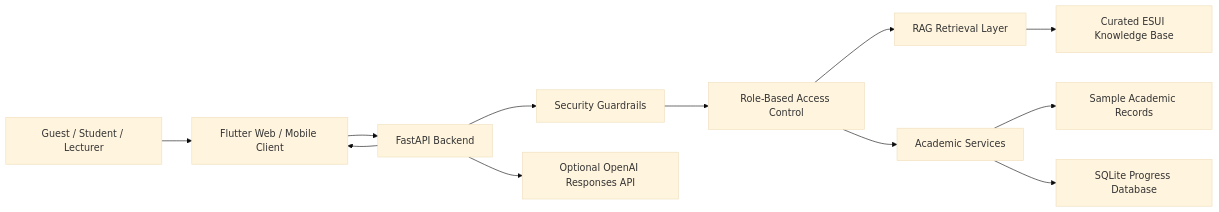
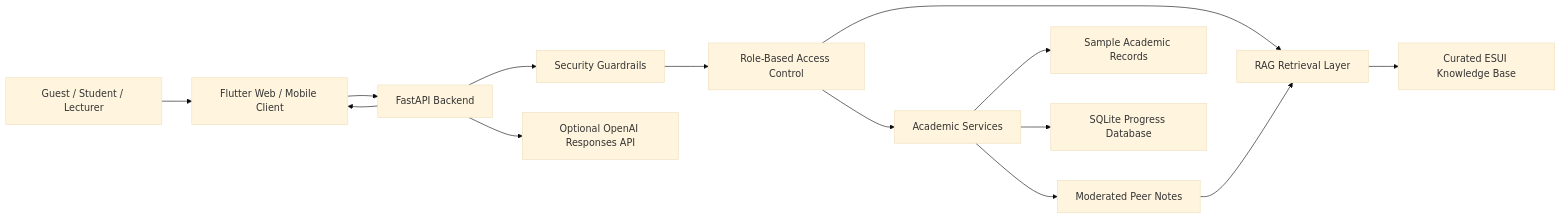
Before and after one commit to evieoshomahus-cloud/eve-esui-ai: the first of 5 diagrams in project_docs/chapter_three_draft.md, drawn with Mermaid (base theme). The commit also changed other lines of this file and 8 other files, not shown here.

````diff
--- a/project_docs/chapter_three_draft.md
+++ b/project_docs/chapter_three_draft.md
@@ -141,14 +148,16 @@
 ```mermaid
 flowchart LR
     User["Guest / Student / Lecturer"] --> Flutter["Flutter Web / Mobile Client"]
     Flutter --> API["FastAPI Backend"]
     API --> Guardrails["Security Guardrails"]
     Guardrails --> Auth["Role-Based Access Control"]
     Auth --> RAG["RAG Retrieval Layer"]
     Auth --> Academic["Academic Services"]
     Academic --> Records["Sample Academic Records"]
     Academic --> SQLite["SQLite Progress Database"]
+    Academic --> PeerNotes["Moderated Peer Notes"]
     RAG --> Knowledge["Curated ESUI Knowledge Base"]
+    PeerNotes --> RAG
     API --> OpenAI["Optional OpenAI Responses API"]
     API --> Flutter
 ```
````
